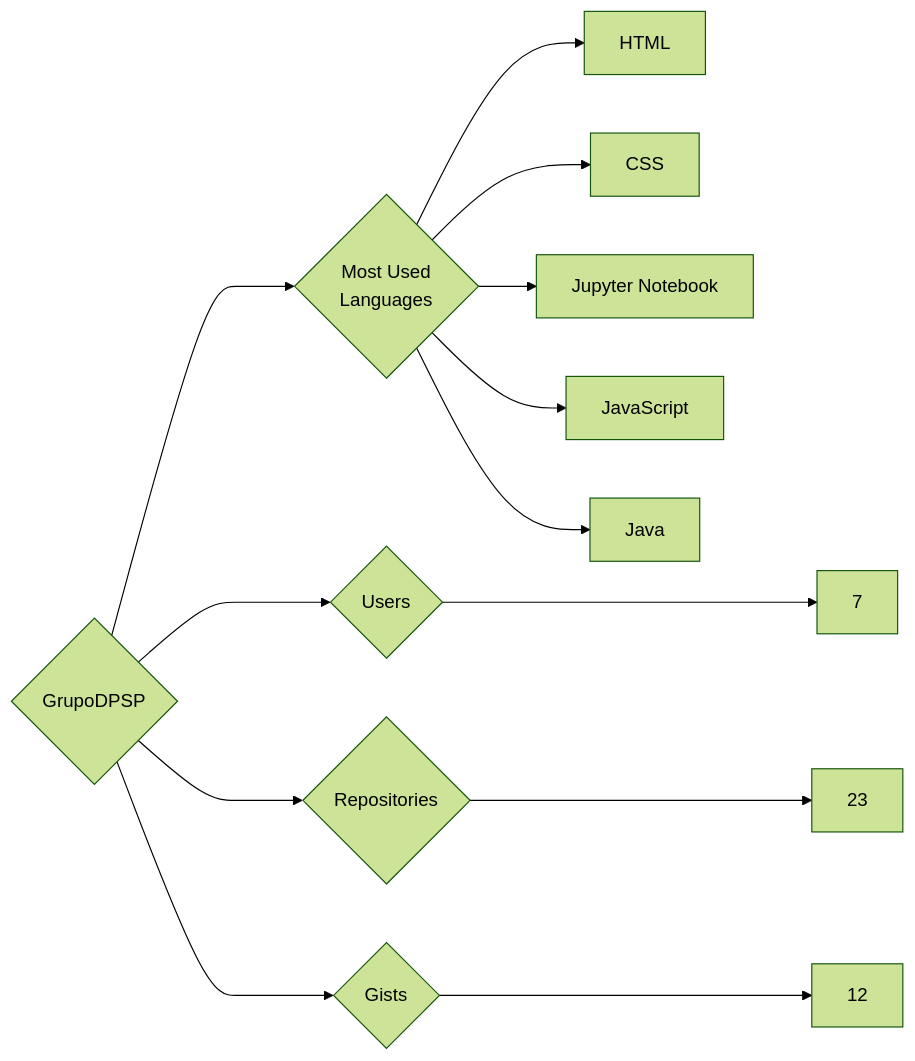
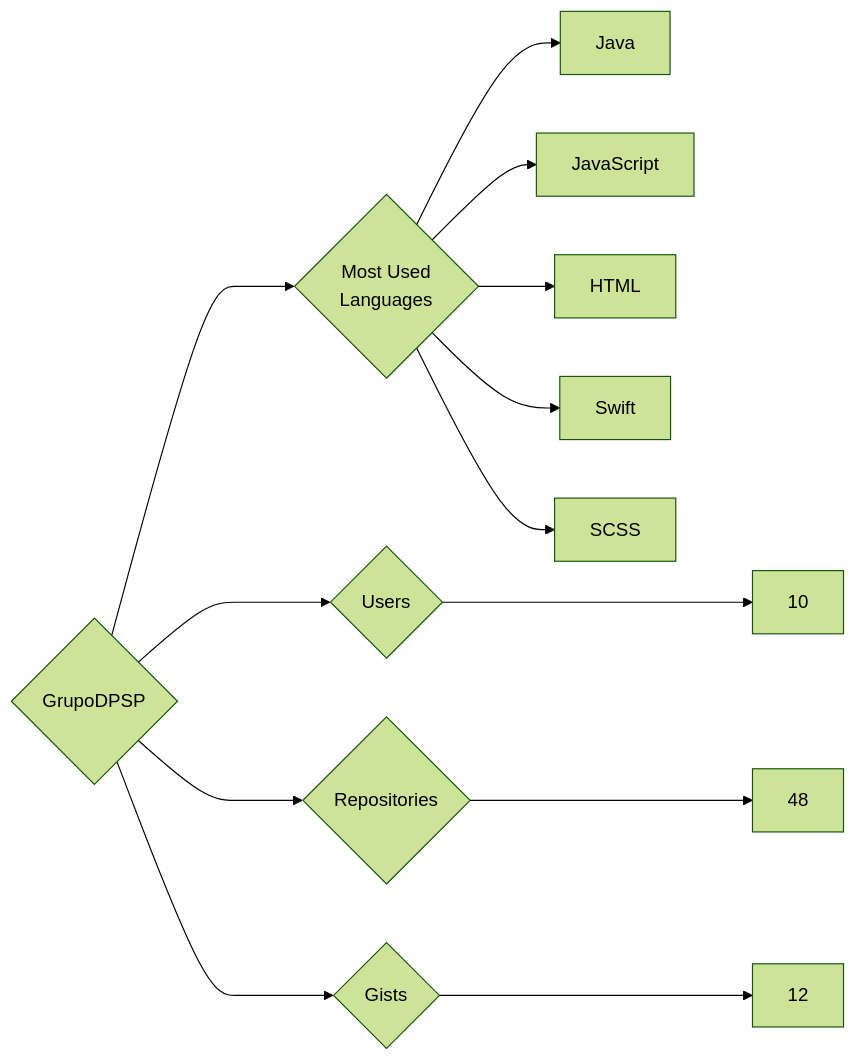
One commit to trickest/insiders changed the diagram in targets/GrupoDPSP/README.md. Above: the diagram before and after it, drawn with Mermaid (forest theme). The commit also changed 1166 other files, not shown here.

````diff
--- a/targets/GrupoDPSP/README.md
+++ b/targets/GrupoDPSP/README.md
@@ -3,13 +3,13 @@
 ```mermaid
 graph LR
 COMPANY_NAME{GrupoDPSP}
-COMPANY_NAME ---> U{Users} ---> UN[7]
-COMPANY_NAME ---> R{Repositories} ---> RN[23]
+COMPANY_NAME ---> U{Users} ---> UN[10]
+COMPANY_NAME ---> R{Repositories} ---> RN[48]
 COMPANY_NAME ---> G{Gists} ---> GN[12]
 COMPANY_NAME ---> ML{Most Used<br>Languages}
+ML --> Java[Java]
+ML --> JavaScript[JavaScript]
 ML --> HTML[HTML]
-ML --> CSS[CSS]
-ML --> Jupyter_Notebook[Jupyter Notebook]
-ML --> JavaScript[JavaScript]
-ML --> Java[Java]
+ML --> Swift[Swift]
+ML --> SCSS[SCSS]
 ```
````
